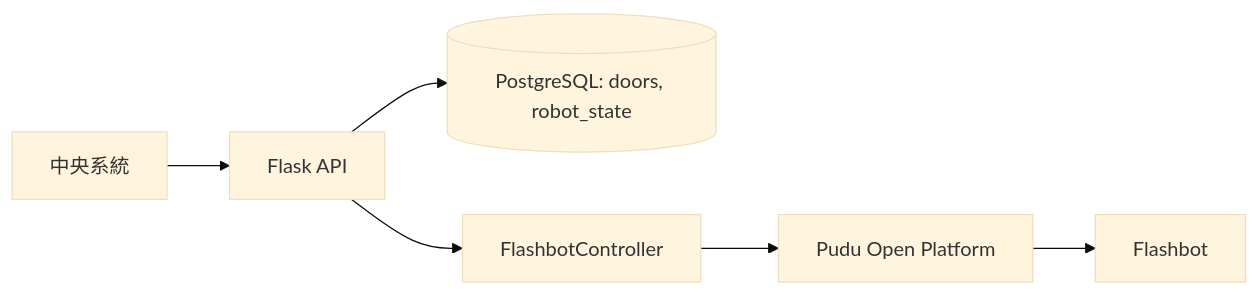
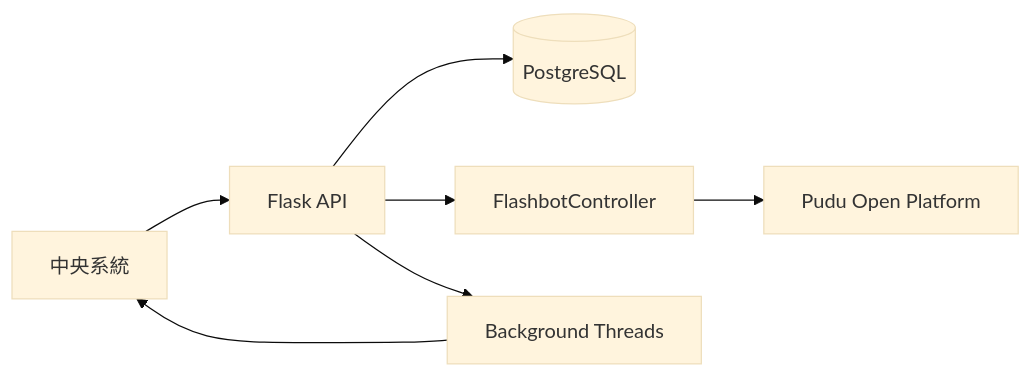
One commit to Liao-YuSheng/Aurobox changed the diagram in README.md. Above: the diagram before and after it, drawn with Mermaid (base theme). The commit also changed other lines of this file and 14 other files, not shown here.

````diff
--- a/README.md
+++ b/README.md
@@ -17,8 +28,9 @@
 ```mermaid
 flowchart LR
   Central[中央系統] --> API[Flask API]
-  API --> DB[(PostgreSQL: doors, robot_state)]
-  API --> CTRL[FlashbotController]
-  CTRL --> PUDU[Pudu Open Platform]
-  PUDU --> ROBOT[Flashbot]
+  API --> DB[(PostgreSQL)]
+  API --> Controller[FlashbotController]
+  Controller --> Pudu[Pudu Open Platform]
+  API --> Tasks[Background Threads]
+  Tasks --> Central
 ```
````
